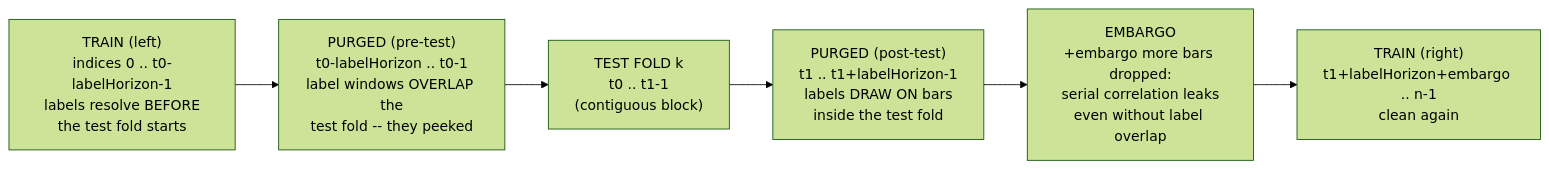
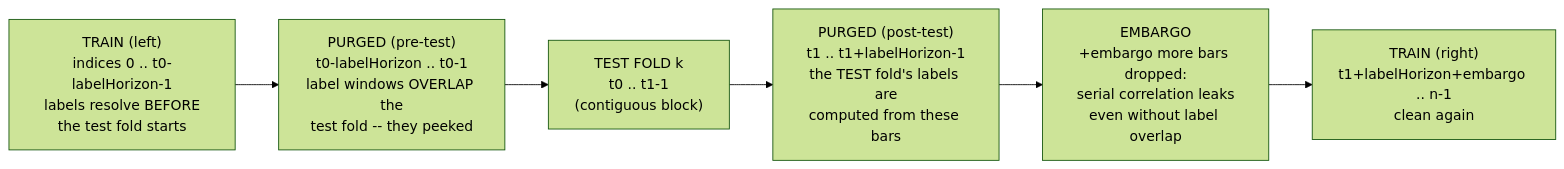
Diagram 31 of 50 in docs/DIAGRAMS.md (AshJha0/Quant-Finance-Library), drawn with Mermaid (forest theme) before and after one commit. The commit also changed other lines of this file and 2 other files, not shown here.

First line of the commit message:
docs: wave-2 review fixes — 2 exercise corrections, 11 diagram-narration edits, recipe 40 example repaired

````diff
--- a/docs/DIAGRAMS.md
+++ b/docs/DIAGRAMS.md
@@ -1134,8 +1135,8 @@
 ```mermaid
 flowchart LR
     TRL31["TRAIN (left)<br/>indices 0 .. t0-labelHorizon-1<br/>labels resolve BEFORE<br/>the test fold starts"] --> PGL31["PURGED (pre-test)<br/>t0-labelHorizon .. t0-1<br/>label windows OVERLAP the<br/>test fold -- they peeked"]
     PGL31 --> TEST31["TEST FOLD k<br/>t0 .. t1-1<br/>(contiguous block)"]
-    TEST31 --> PGR31["PURGED (post-test)<br/>t1 .. t1+labelHorizon-1<br/>labels DRAW ON bars<br/>inside the test fold"]
+    TEST31 --> PGR31["PURGED (post-test)<br/>t1 .. t1+labelHorizon-1<br/>the TEST fold's labels are<br/>computed from these bars"]
     PGR31 --> EMB31["EMBARGO<br/>+embargo more bars dropped:<br/>serial correlation leaks<br/>even without label overlap"]
     EMB31 --> TRR31["TRAIN (right)<br/>t1+labelHorizon+embargo .. n-1<br/>clean again"]
 ```
````
